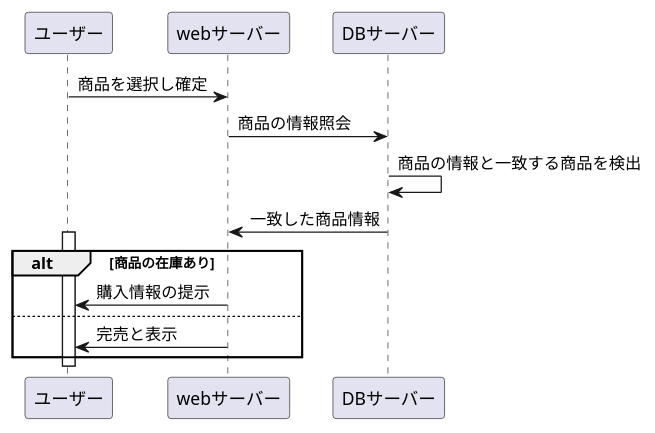
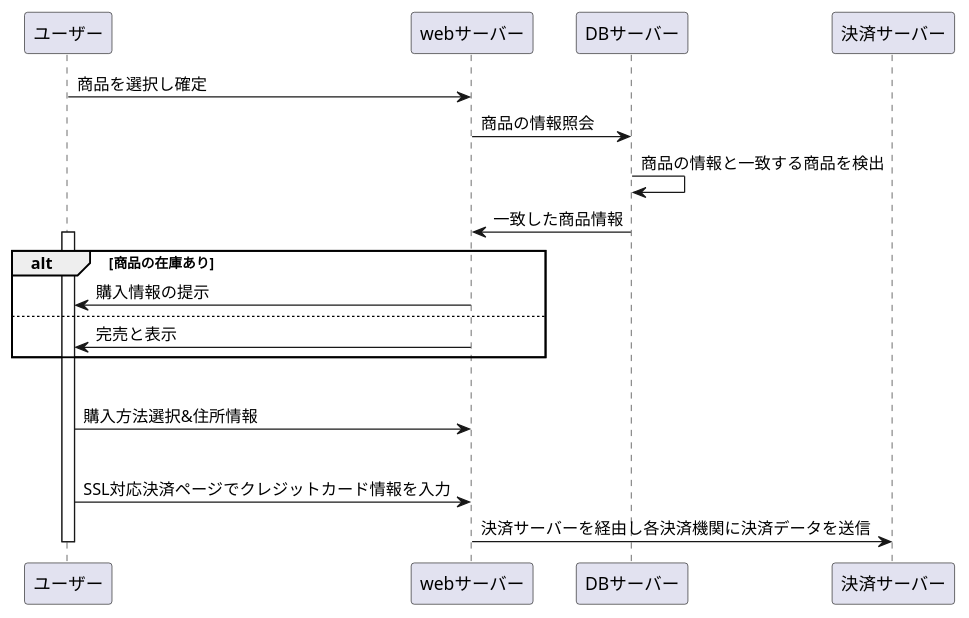
One commit to Aso2001195/2021sys-design changed the diagram in kadai7.md. Above: the diagram before and after it, drawn with PlantUML.

````diff
--- a/kadai7.md
+++ b/kadai7.md
@@ -1,15 +1,21 @@
 ```uml
 @startuml
 ユーザー->webサーバー:商品を選択し確定
 webサーバー->DBサーバー:商品の情報照会
 DBサーバー->DBサーバー:商品の情報と一致する商品を検出
 DBサーバー->webサーバー:一致した商品情報
 activate ユーザー
 alt 商品の在庫あり
 webサーバー->ユーザー:購入情報の提示
 else 
 webサーバー->ユーザー:完売と表示
-end 在庫なし
+end 
+
+opt 購入確定
+ユーザー->webサーバー:購入方法選択&住所情報
+  alt カード決済
+  ユーザー->webサーバー:SSL対応決済ページでクレジットカード情報を入力
+  webサーバー->決済サーバー:決済サーバーを経由し各決済機関に決済データを送信
 deactivate ユーザー
 @enduml
 ```
````
